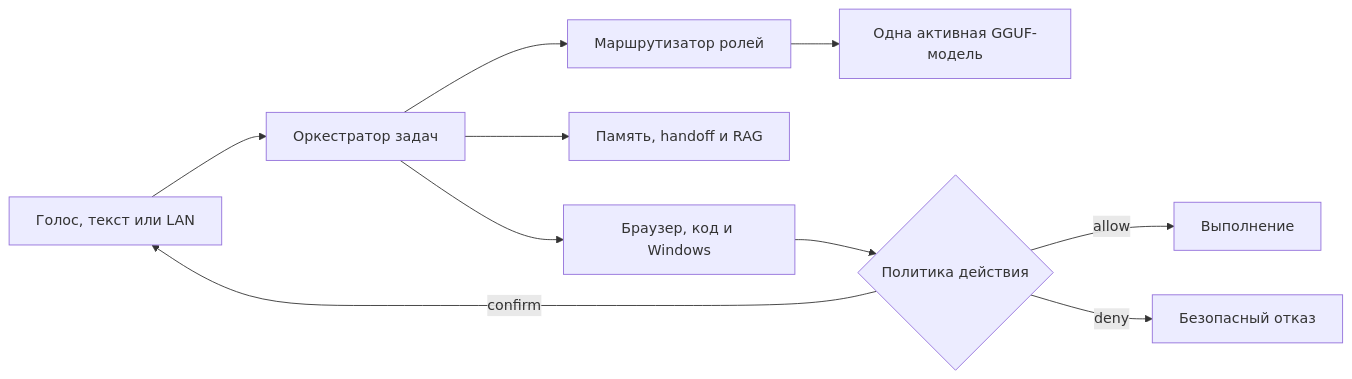
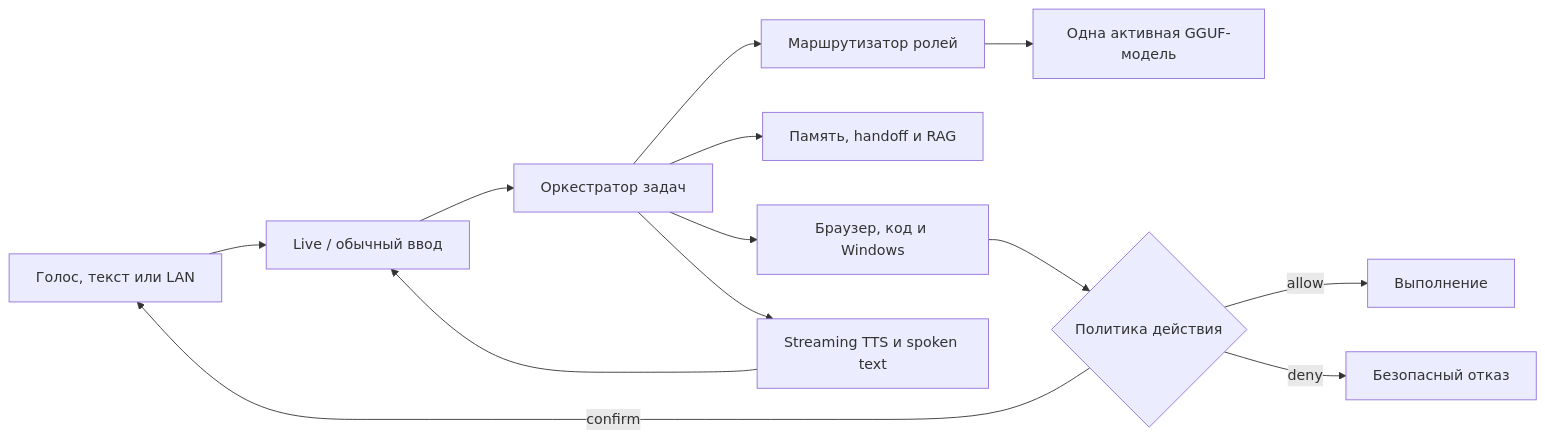
Before and after one commit to Alexperowo/assistant-ksenia: the diagram in README.md, drawn with Mermaid. The commit also changed other lines of this file and 19 other files, not shown here.

````diff
--- a/README.md
+++ b/README.md
@@ -57,12 +58,15 @@
 ```mermaid
 flowchart LR
-    U[Голос, текст или LAN] --> O[Оркестратор задач]
+    U[Голос, текст или LAN] --> L[Live / обычный ввод]
+    L --> O[Оркестратор задач]
     O --> R[Маршрутизатор ролей]
     R --> M[Одна активная GGUF-модель]
     O --> P[Память, handoff и RAG]
     O --> T[Браузер, код и Windows]
     T --> C{Политика действия}
     C -->|allow| E[Выполнение]
     C -->|confirm| U
     C -->|deny| X[Безопасный отказ]
+    O --> S[Streaming TTS и spoken text]
+    S --> L
 ```
````
